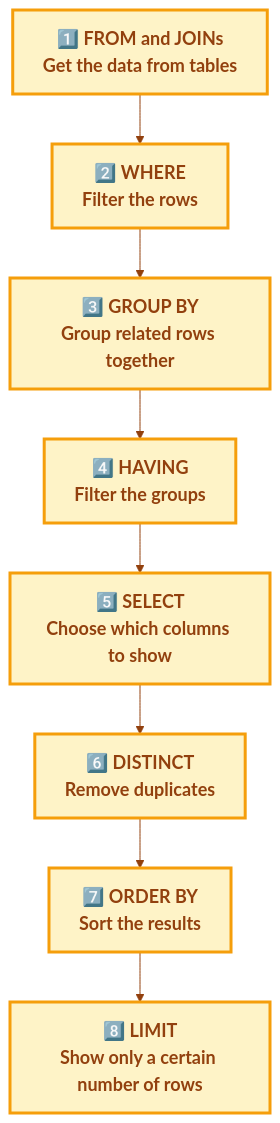
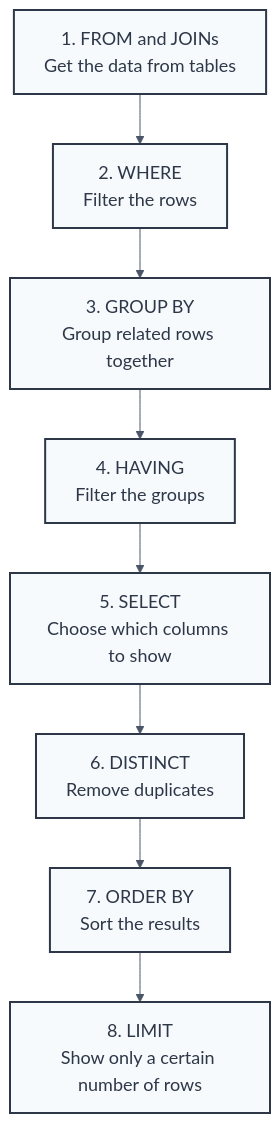
One commit to MayankBambal/mayankbambal.github.io changed the second of 2 diagrams in super_sql_guide/level_1/Chapter1/Introduction.md. Above: the diagram before and after it, drawn with Mermaid. The commit also changed other lines of this file and 3 other files, not shown here.

````diff
--- a/super_sql_guide/level_1/Chapter1/Introduction.md
+++ b/super_sql_guide/level_1/Chapter1/Introduction.md
@@ -69,33 +75,33 @@
 ```mermaid
 ---
 config:
   theme: base
   themeVariables:
-    primaryColor: '#f59e0b'
+    primaryColor: '#2d3748'
     primaryTextColor: '#ffffff'
-    primaryBorderColor: '#d97706'
-    lineColor: '#92400e'
-    secondaryColor: '#fef3c7'
+    primaryBorderColor: '#1a202c'
+    lineColor: '#4a5568'
+    secondaryColor: '#f7fafc'
     background: '#ffffff'
     fontSize: '18px'
 ---
 flowchart TD
-    A["1️⃣ FROM and JOINs<br/>Get the data from tables"] 
-    B["2️⃣ WHERE<br/>Filter the rows"]
-    C["3️⃣ GROUP BY<br/>Group related rows together"]
-    D["4️⃣ HAVING<br/>Filter the groups"]
-    E["5️⃣ SELECT<br/>Choose which columns to show"]
-    F["6️⃣ DISTINCT<br/>Remove duplicates"]
-    G["7️⃣ ORDER BY<br/>Sort the results"]
-    H["8️⃣ LIMIT<br/>Show only a certain number of rows"]
+    A["1. FROM and JOINs<br/>Get the data from tables"] 
+    B["2. WHERE<br/>Filter the rows"]
+    C["3. GROUP BY<br/>Group related rows together"]
+    D["4. HAVING<br/>Filter the groups"]
+    E["5. SELECT<br/>Choose which columns to show"]
+    F["6. DISTINCT<br/>Remove duplicates"]
+    G["7. ORDER BY<br/>Sort the results"]
+    H["8. LIMIT<br/>Show only a certain number of rows"]
     
     A --> B
     B --> C
     C --> D
     D --> E
     E --> F
     F --> G
     G --> H
     
-    classDef default fill:#fef3c7,stroke:#f59e0b,stroke-width:3px,color:#92400e,font-weight:bold
+    classDef default fill:#f7fafc,stroke:#2d3748,stroke-width:2px,color:#2d3748
 ```
````
